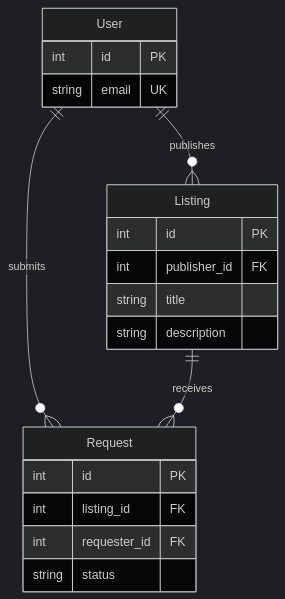
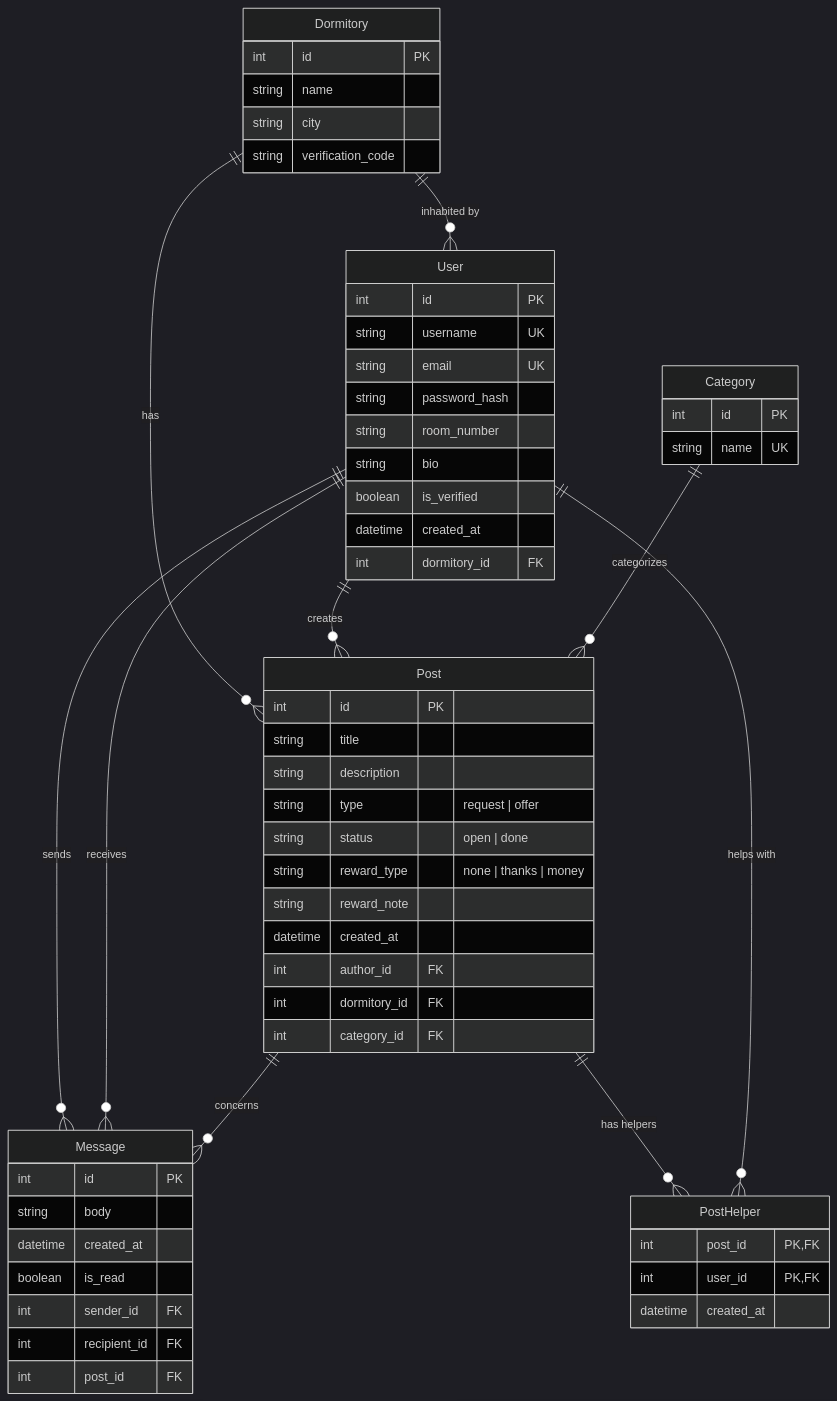
The diagram in docs/02-data-model.md (aylinRsl/FSWD-Team3), drawn with Mermaid (dark theme) before and after one commit. The commit also changed other lines of this file and 3 other files, not shown here.

Commit message:
Data model, ERD und DD

````diff
--- a/docs/02-data-model.md
+++ b/docs/02-data-model.md
@@ -15,28 +13,68 @@
 ```mermaid
 erDiagram
     direction TB
 
-    User ||--o{ Listing : publishes
-    User ||--o{ Request : submits
-    Listing ||--o{ Request : receives
+    Dormitory ||--o{ User : "inhabited by"
+    Dormitory ||--o{ Post : "has"
+    User ||--o{ Post : "creates"
+    Category ||--o{ Post : "categorizes"
+    User ||--o{ Message : "sends"
+    User ||--o{ Message : "receives"
+    Post ||--o{ Message : "concerns"
+    Post ||--o{ PostHelper : "has helpers"
+    User ||--o{ PostHelper : "helps with"
+
+    Dormitory {
+        int id PK
+        string name
+        string city
+        string verification_code
+    }
 
     User {
         int id PK
+        string username UK
         string email UK
+        string password_hash
+        string room_number
+        string bio
+        boolean is_verified
+        datetime created_at
+        int dormitory_id FK
     }
 
-    Listing {
+    Category {
         int id PK
-        int publisher_id FK
+        string name UK
+    }
+
+    Post {
+        int id PK
         string title
         string description
+        string type "request | offer"
+        string status "open | done"
+        string reward_type "none | thanks | money"
+        string reward_note
+        datetime created_at
+        int author_id FK
+        int dormitory_id FK
+        int category_id FK
     }
 
-    Request {
-        int id PK
-        int listing_id FK
-        int requester_id FK
-        string status
+    PostHelper {
+        int post_id PK, FK
+        int user_id PK, FK
+        datetime created_at
     }
 
+    Message {
+        int id PK
+        string body
+        datetime created_at
+        boolean is_read
+        int sender_id FK
+        int recipient_id FK
+        int post_id FK
+    }
 ```
````
